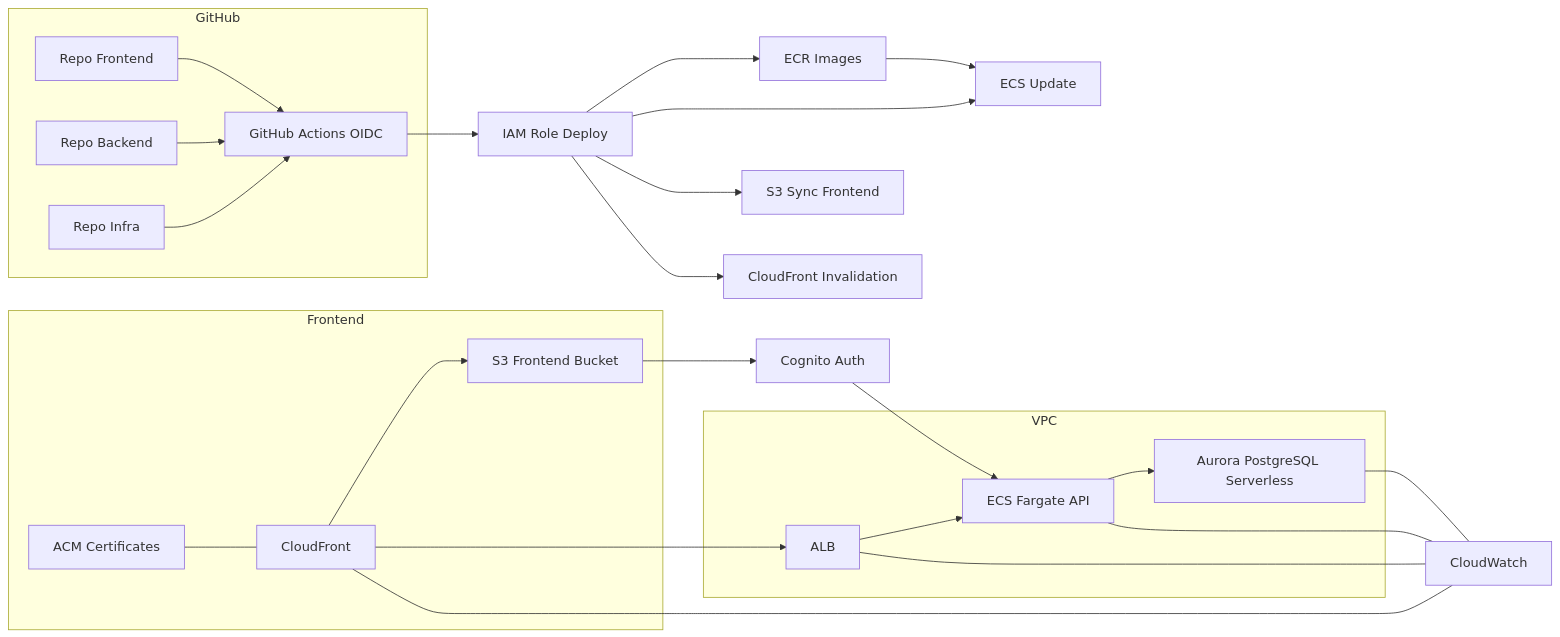
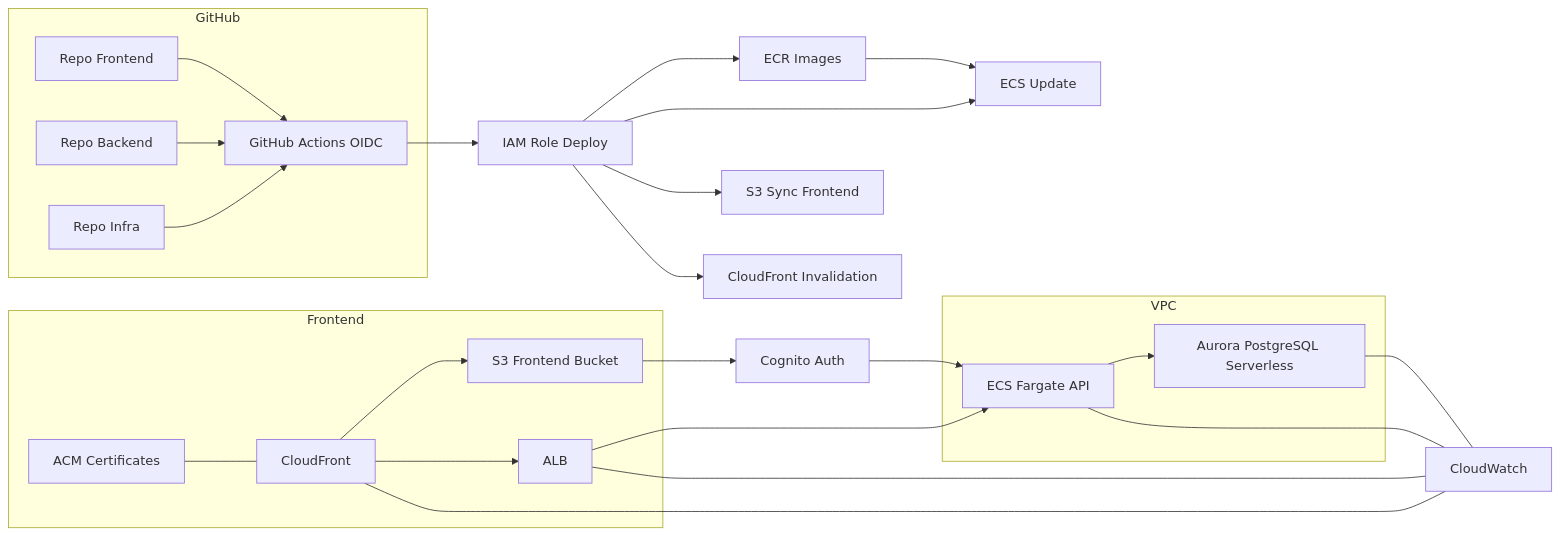
The diagram in architecture/aws_github_architecture.md (XylenceDevs/developers_docs), drawn with Mermaid before and after one commit. The commit also changed other lines of this file, not shown here.

````diff
--- a/architecture/aws_github_architecture.md
+++ b/architecture/aws_github_architecture.md
@@ -9,54 +10,54 @@
 ```mermaid
 flowchart LR
   %% CI and CD
   subgraph GitHub
     repoFE[Repo Frontend]
     repoBE[Repo Backend]
     repoIaC[Repo Infra]
     gha[GitHub Actions OIDC]
     repoFE --> gha
     repoBE --> gha
     repoIaC --> gha
   end
 
   gha --> iam[IAM Role Deploy]
   iam --> ecr[ECR Images]
   iam --> ecsup[ECS Update]
   iam --> s3sync[S3 Sync Frontend]
   iam --> cfinv[CloudFront Invalidation]
 
   ecr --> ecsup
 
   %% Frontend Delivery
   subgraph Frontend
     cf[CloudFront]
+    alb[ALB]
     acm[ACM Certificates]
     s3fe[S3 Frontend Bucket]
   end
 
   acm --- cf
   cf --> s3fe
 
   %% Core App
   subgraph VPC
-    alb[ALB]
     ecs[ECS Fargate API]
     rds[Aurora PostgreSQL Serverless]
   end
 
   cf --> alb
   alb --> ecs
   ecs --> rds
 
   %% Auth (optional)
   cognito[Cognito Auth]
   s3fe --> cognito
   cognito --> ecs
 
   %% Observability
   cw[CloudWatch]
   ecs --- cw
   alb --- cw
   cf --- cw
   rds --- cw
 ```
````
